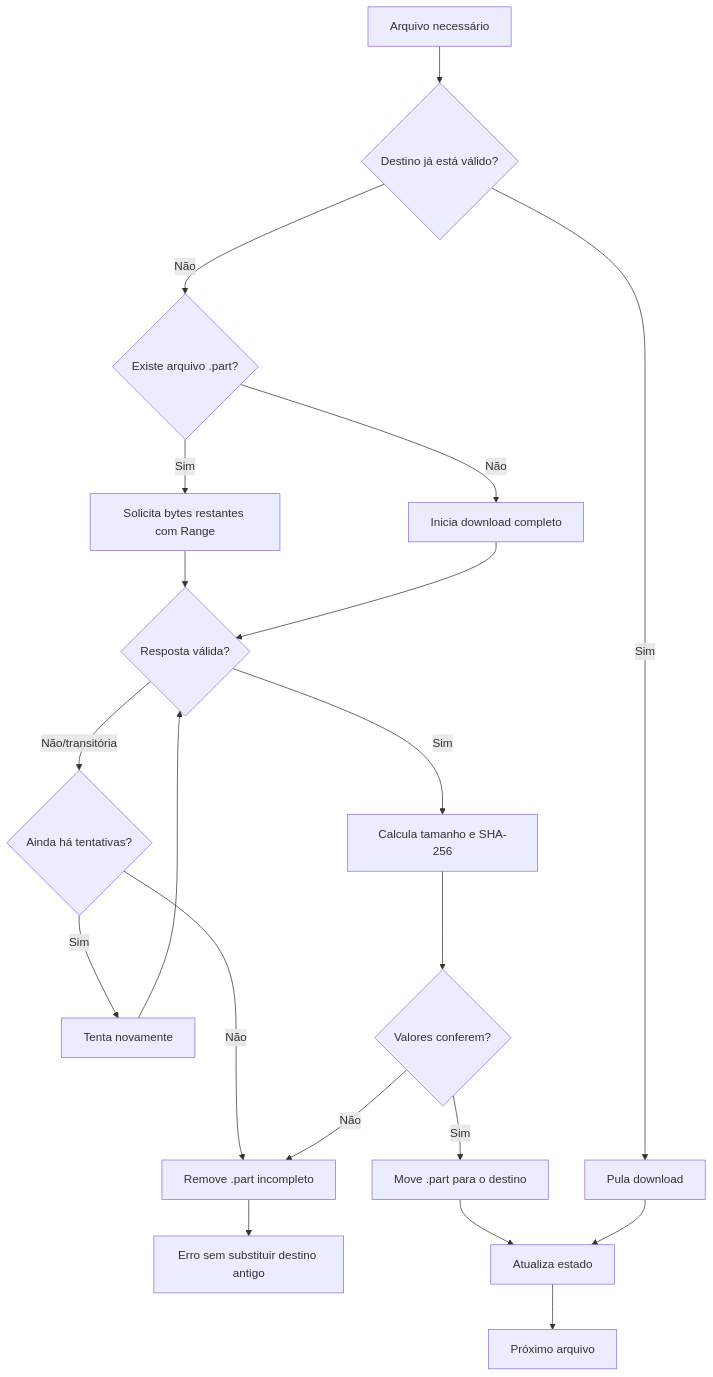
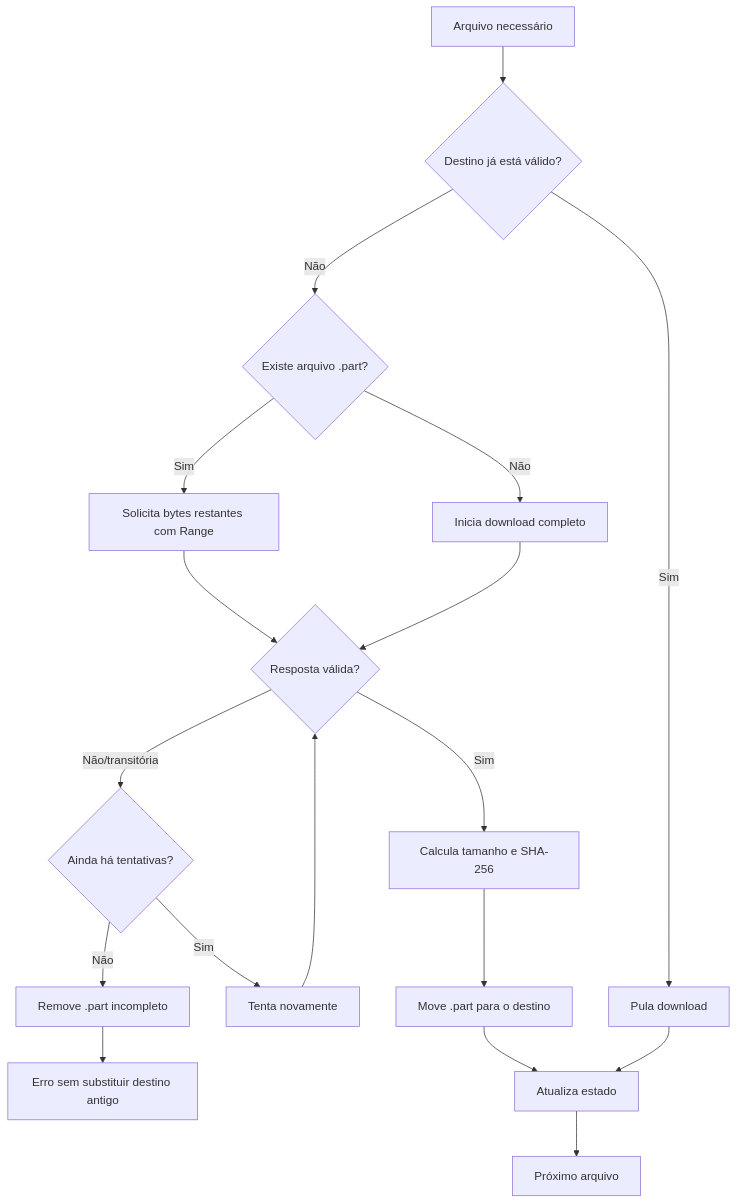
The third of 6 diagrams in docs/architecture.md (venysssssssssss/only-bangers-mine-server), drawn with Mermaid before and after one commit. The commit also changed other lines of this file and 7 other files, not shown here.

````diff
--- a/docs/architecture.md
+++ b/docs/architecture.md
@@ -81,22 +83,20 @@
 ```mermaid
 flowchart TD
     Start[Arquivo necessário] --> Existing{Destino já está válido?}
     Existing -- Sim --> Skip[Pula download]
     Existing -- Não --> Part{Existe arquivo .part?}
     Part -- Sim --> Range[Solicita bytes restantes com Range]
     Part -- Não --> Full[Inicia download completo]
     Range --> Response{Resposta válida?}
     Full --> Response
     Response -- Não/transitória --> Retry{Ainda há tentativas?}
     Retry -- Sim --> Backoff[Tenta novamente]
     Backoff --> Response
     Retry -- Não --> Cleanup[Remove .part incompleto]
     Cleanup --> Fail[Erro sem substituir destino antigo]
     Response -- Sim --> Hash[Calcula tamanho e SHA-256]
-    Hash --> Match{Valores conferem?}
-    Match -- Não --> Cleanup
-    Match -- Sim --> Atomic[Move .part para o destino]
+    Hash --> Atomic[Move .part para o destino]
     Atomic --> State[Atualiza estado]
     Skip --> State
     State --> Done[Próximo arquivo]
 ```
````
